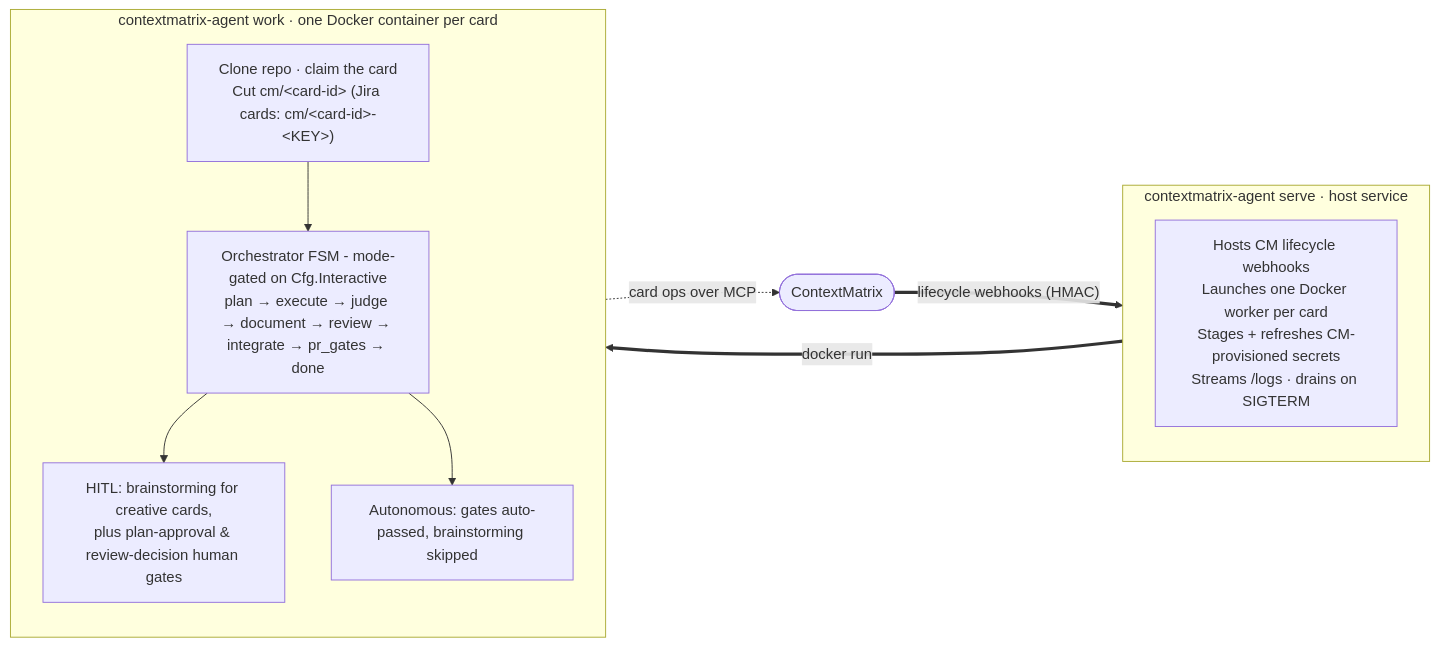
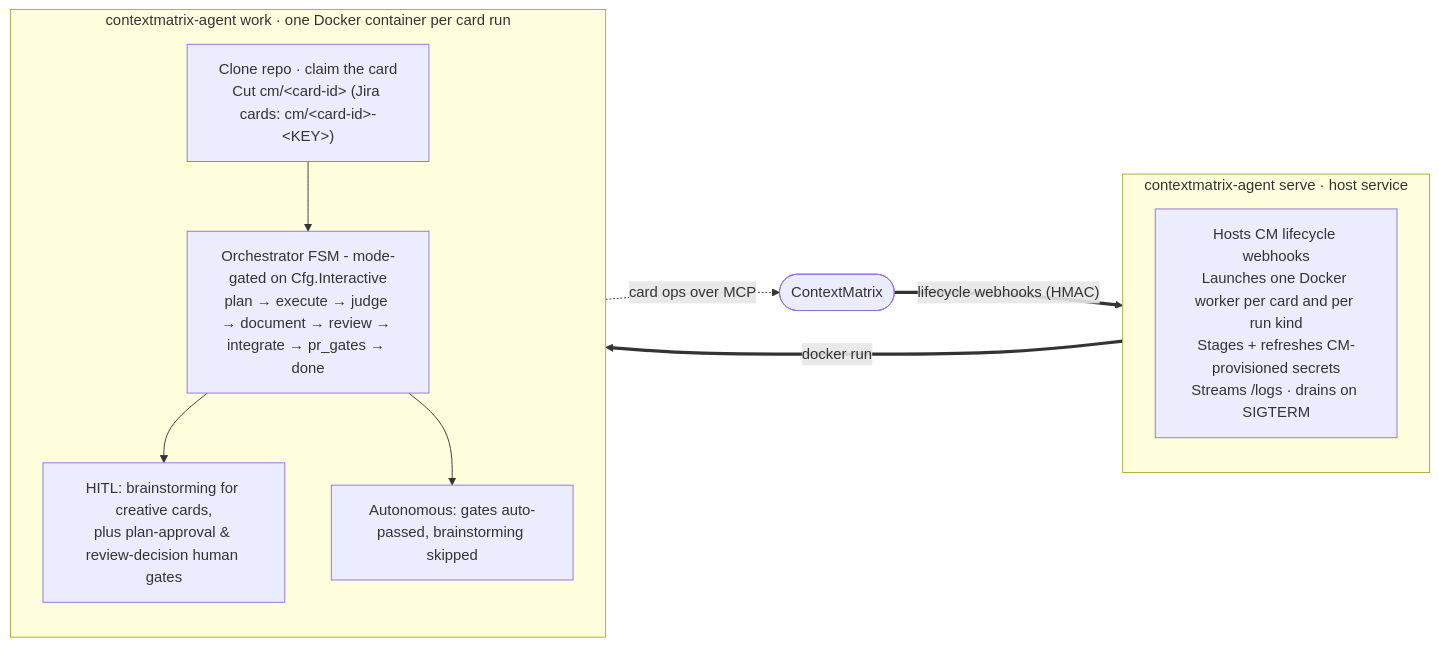
One commit to mhersson/contextmatrix-agent changed the diagram in README.md. Above: the diagram before and after it, drawn with Mermaid. The commit also changed 11 other files, not shown here.

First line of the commit message:
fix(webhook): cover run-kind staging and stop paths, tighten run-kind docs

````diff
--- a/README.md
+++ b/README.md
@@ -40,24 +40,24 @@
 ```mermaid
 flowchart LR
     CM(["ContextMatrix"])
 
     subgraph serve["contextmatrix-agent serve · host service"]
         direction TB
-        S["Hosts CM lifecycle webhooks<br/>Launches one Docker worker per card<br/>Stages + refreshes CM-provisioned secrets<br/>Streams /logs · drains on SIGTERM"]
+        S["Hosts CM lifecycle webhooks<br/>Launches one Docker worker per card and per run kind<br/>Stages + refreshes CM-provisioned secrets<br/>Streams /logs · drains on SIGTERM"]
     end
 
-    subgraph work["contextmatrix-agent work · one Docker container per card"]
+    subgraph work["contextmatrix-agent work · one Docker container per card run"]
         direction TB
         W["Clone repo · claim the card<br/>Cut cm/&lt;card-id&gt; (Jira cards: cm/&lt;card-id&gt;-&lt;KEY&gt;)"]
         FSM["Orchestrator FSM - mode-gated on Cfg.Interactive<br/>plan → execute → judge → document → review → integrate → pr_gates → done"]
         HITL["HITL: brainstorming for creative cards,<br/>plus plan-approval &amp; review-decision human gates"]
         AUTO["Autonomous: gates auto-passed, brainstorming skipped"]
         W --> FSM
         FSM --> HITL
         FSM --> AUTO
     end
 
     CM ==>|"lifecycle webhooks (HMAC)"| S
     S ==>|"docker run"| W
     W -.->|"card ops over MCP"| CM
 ```
````
